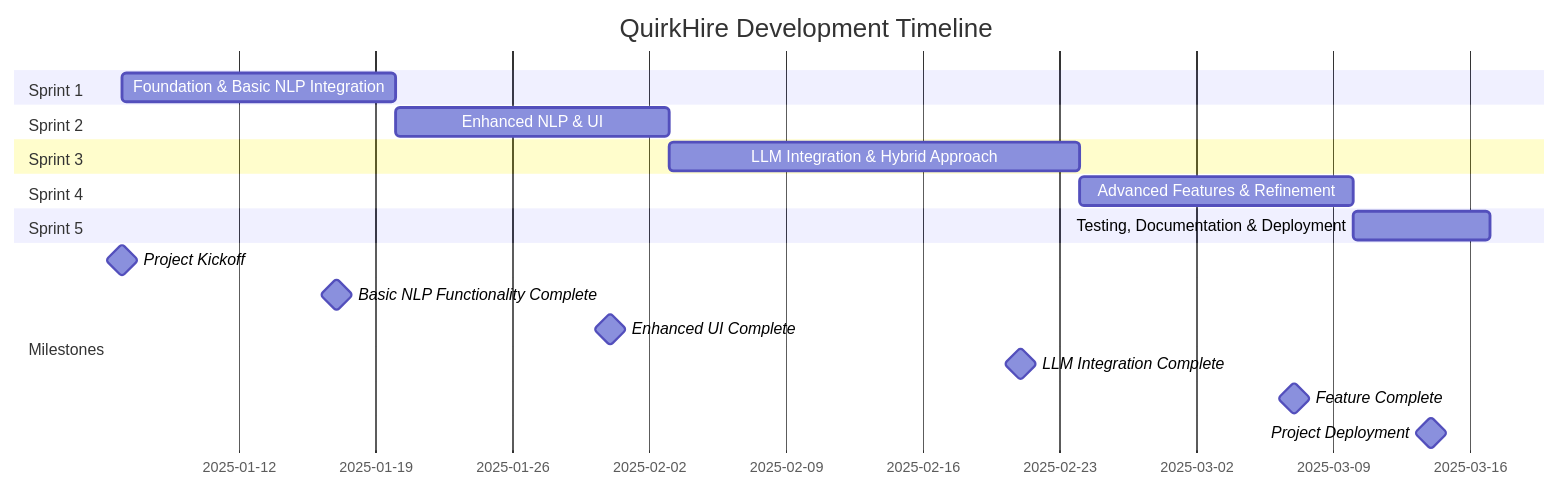
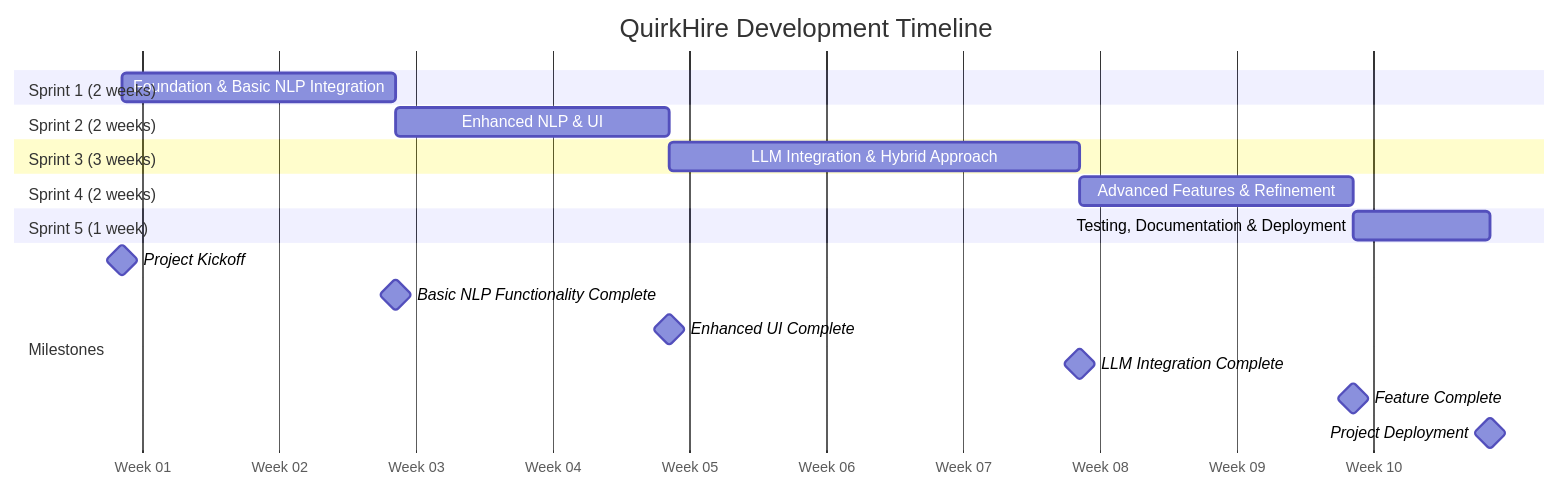
One commit to hassen05/CareerReco changed the second of 11 diagrams in PROJECT_REPORT.md. Above: the diagram before and after it, drawn with Mermaid. The commit also changed 9 other files, not shown here.

````diff
--- a/PROJECT_REPORT.md
+++ b/PROJECT_REPORT.md
@@ -266,22 +266,22 @@
 ```mermaid
 gantt
     title QuirkHire Development Timeline
-    dateFormat  YYYY-MM-DD
-    section Sprint 1
-    Foundation & Basic NLP Integration    :s1, 2025-01-06, 2w
-    section Sprint 2
+    axisFormat Week %U
+    section Sprint 1 (2 weeks)
+    Foundation & Basic NLP Integration    :s1, 0, 2w
+    section Sprint 2 (2 weeks)
     Enhanced NLP & UI                     :s2, after s1, 2w
-    section Sprint 3
+    section Sprint 3 (3 weeks)
     LLM Integration & Hybrid Approach     :s3, after s2, 3w
-    section Sprint 4
+    section Sprint 4 (2 weeks)
     Advanced Features & Refinement        :s4, after s3, 2w
-    section Sprint 5
+    section Sprint 5 (1 week)
     Testing, Documentation & Deployment   :s5, after s4, 1w
     section Milestones
-    Project Kickoff                       :milestone, m1, 2025-01-06, 0d
-    Basic NLP Functionality Complete      :milestone, m2, 2025-01-17, 0d
-    Enhanced UI Complete                  :milestone, m3, 2025-01-31, 0d
-    LLM Integration Complete              :milestone, m4, 2025-02-21, 0d
-    Feature Complete                      :milestone, m5, 2025-03-07, 0d
-    Project Deployment                    :milestone, m6, 2025-03-14, 0d
+    Project Kickoff                       :milestone, m1, 0, 0d
+    Basic NLP Functionality Complete      :milestone, m2, after s1, 0d
+    Enhanced UI Complete                 :milestone, m3, after s2, 0d
+    LLM Integration Complete             :milestone, m4, after s3, 0d
+    Feature Complete                     :milestone, m5, after s4, 0d
+    Project Deployment                   :milestone, m6, after s5, 0d
 ```
````
